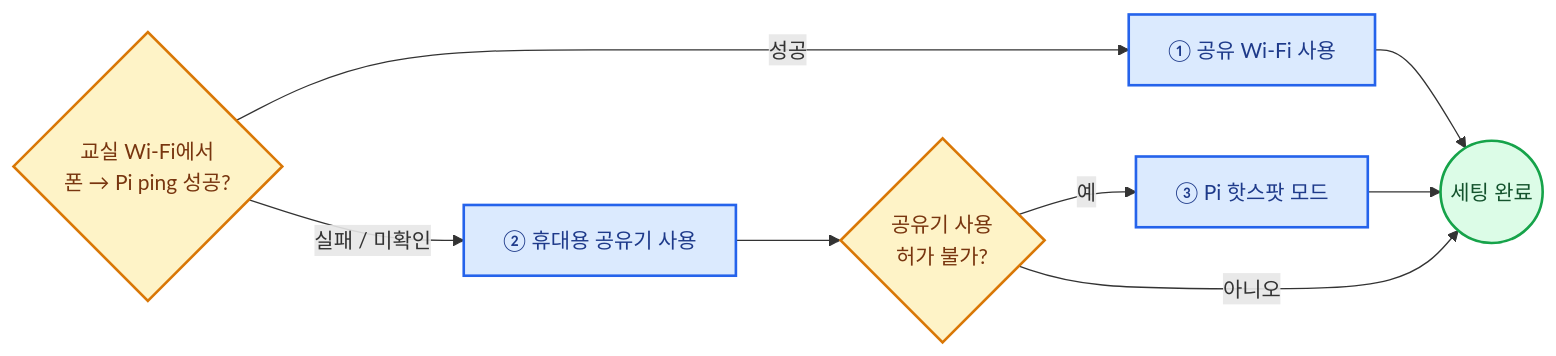
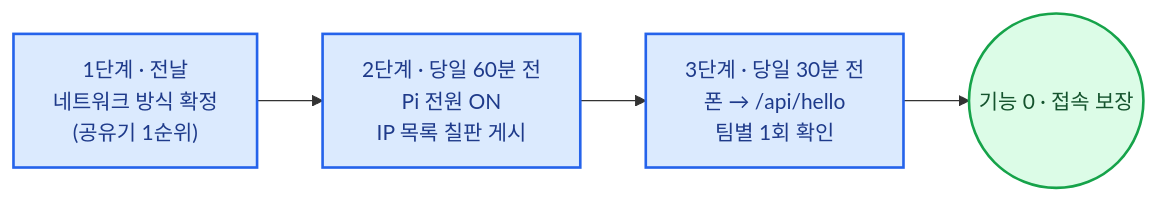
The sixth of 27 diagrams in documents/CURRICULUM/라즈베리파이_자율주행차_감시카메라_3-6-12시간_단계별_커리큘럼.md (Collegenie-X/AIMakerLab_Web), drawn with Mermaid before and after one commit. The commit also changed other lines of this file and 36 other files, not shown here.

````diff
--- a/documents/CURRICULUM/라즈베리파이_자율주행차_감시카메라_3-6-12시간_단계별_커리큘럼.md
+++ b/documents/CURRICULUM/라즈베리파이_자율주행차_감시카메라_3-6-12시간_단계별_커리큘럼.md
@@ -310,17 +326,11 @@
 ```mermaid
 flowchart LR
-    Q{"교실 Wi-Fi에서<br/>폰 → Pi ping 성공?"} -- "성공" --> M1["① 공유 Wi-Fi 사용"]
-    Q -- "실패 / 미확인" --> M2["② 휴대용 공유기 사용"]
-    M2 --> Q2{"공유기 사용<br/>허가 불가?"}
-    Q2 -- "예" --> M3["③ Pi 핫스팟 모드"]
-    Q2 -- "아니오" --> OK(("세팅 완료"))
-    M1 --> OK
-    M3 --> OK
+    N1["1단계 · 전날<br/>네트워크 방식 확정<br/>(공유기 1순위)"] --> N2["2단계 · 당일 60분 전<br/>Pi 전원 ON<br/>IP 목록 칠판 게시"]
+    N2 --> N3["3단계 · 당일 30분 전<br/>폰 → /api/hello<br/>팀별 1회 확인"]
+    N3 --> OK(("기능 0 · 접속 보장"))
 
-    classDef q fill:#FEF3C7,stroke:#D97706,stroke-width:2px,color:#78350F
-    classDef m fill:#DBEAFE,stroke:#2563EB,stroke-width:2px,color:#1E3A8A
+    classDef s fill:#DBEAFE,stroke:#2563EB,stroke-width:2px,color:#1E3A8A
     classDef o fill:#DCFCE7,stroke:#16A34A,stroke-width:2px,color:#14532D
-    class Q,Q2 q
-    class M1,M2,M3 m
+    class N1,N2,N3 s
     class OK o
 ```
````
